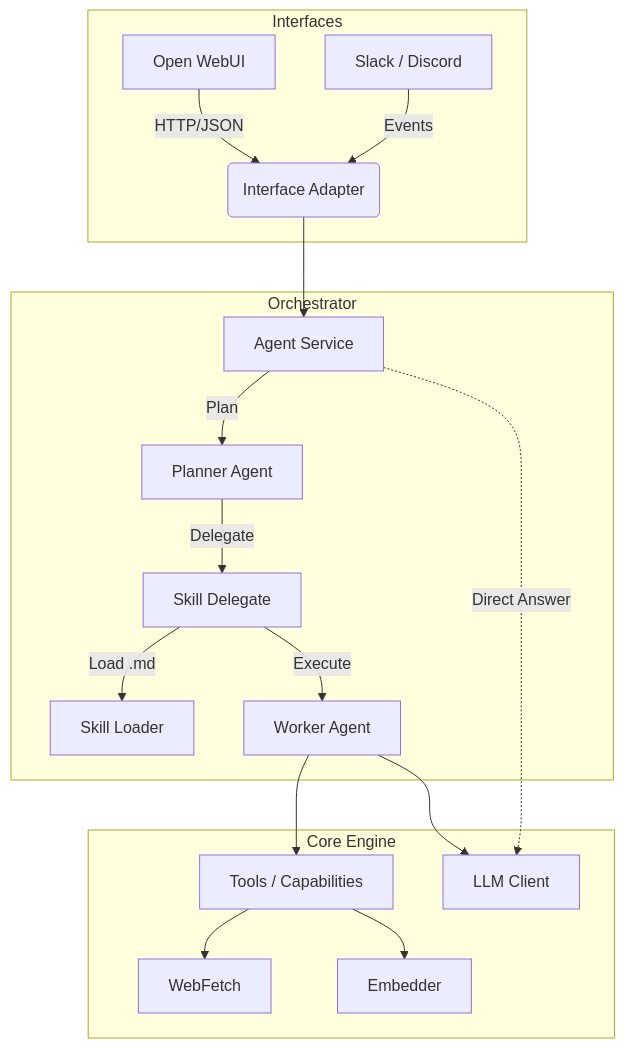
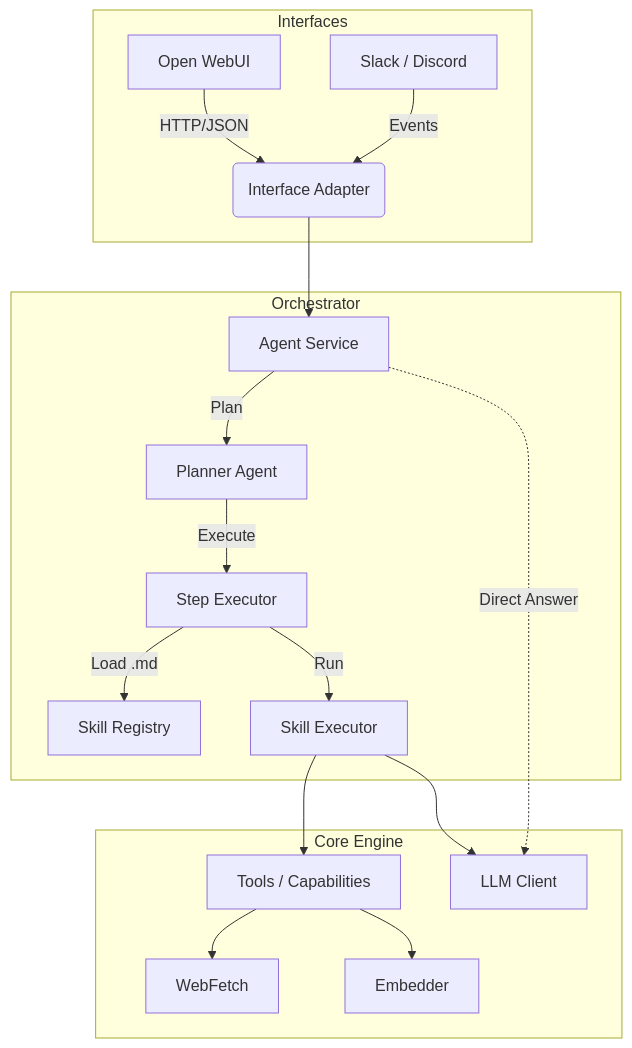
One commit to MagTer/ai-agent-platform changed the diagram in docs/ARCHITECTURE.md. Above: the diagram before and after it, drawn with Mermaid. The commit also changed other lines of this file and 9 other files, not shown here.

````diff
--- a/docs/ARCHITECTURE.md
+++ b/docs/ARCHITECTURE.md
@@ -5,23 +5,23 @@
 ```mermaid
 graph TD
     subgraph Interfaces
         A[Open WebUI] -->|HTTP/JSON| B(Interface Adapter)
         C[Slack / Discord] -->|Events| B
     end
 
     subgraph Orchestrator
         B --> D[Agent Service]
         D -->|Plan| E[Planner Agent]
-        E -->|Delegate| F[Skill Delegate]
-        F -->|Load .md| G[Skill Loader]
-        F -->|Execute| H[Worker Agent]
+        E -->|Execute| F[Step Executor]
+        F -->|Load .md| G[Skill Registry]
+        F -->|Run| H[Skill Executor]
     end
 
     subgraph Core Engine
         D -.->|Direct Answer| I[LLM Client]
         H --> J[Tools / Capabilities]
         H --> I
         J --> K[WebFetch]
         J --> L[Embedder]
     end
 ```
````
